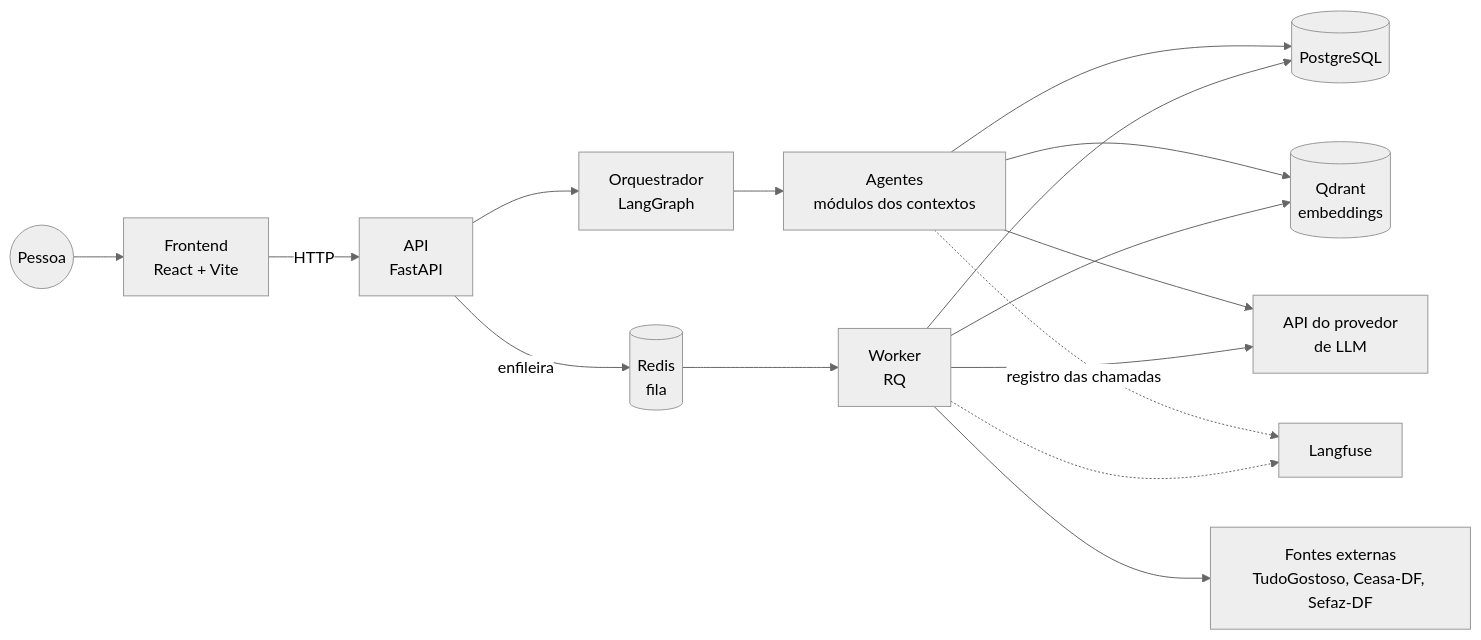
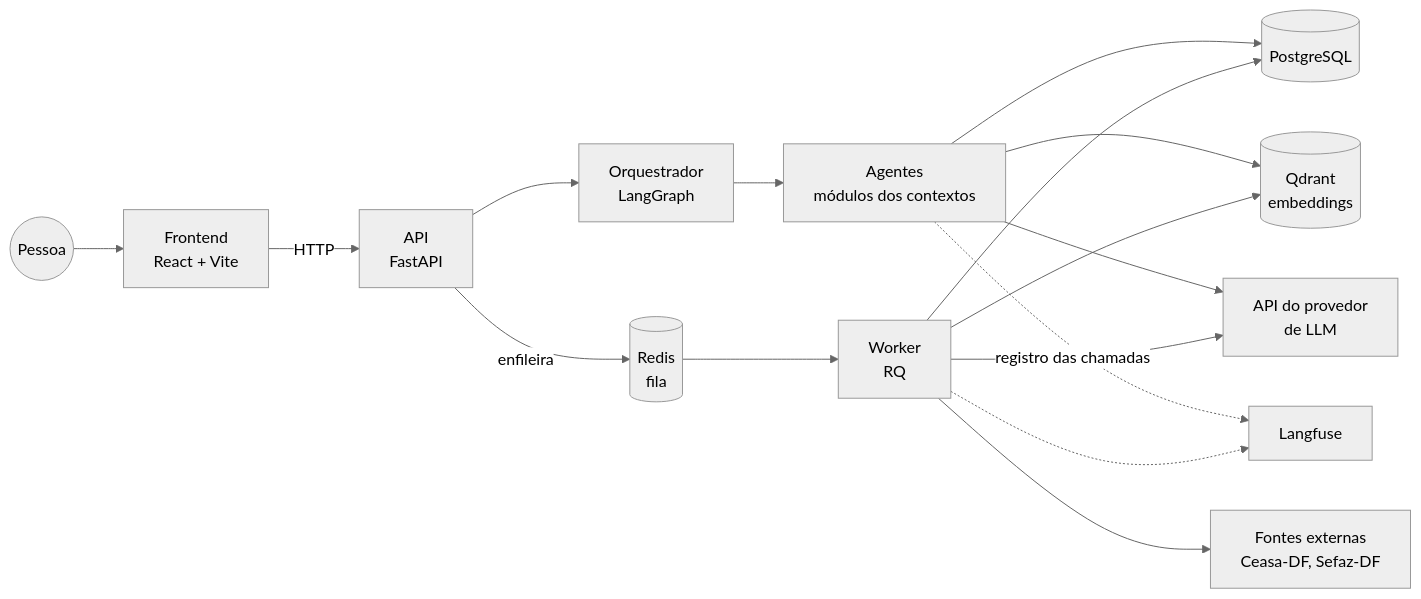
Before and after one commit to challenge2-qualidade-vida/challenge2-qualidade-de-vida: the first of 2 diagrams in docs/arquitetura/visao-geral.md, drawn with Mermaid (neutral theme). The commit also changed other lines of this file and 6 other files, not shown here.

````diff
--- a/docs/arquitetura/visao-geral.md
+++ b/docs/arquitetura/visao-geral.md
@@ -21,18 +21,18 @@
 ```mermaid
 flowchart LR
     Pessoa((Pessoa)) --> Frontend[Frontend<br/>React + Vite]
     Frontend -->|HTTP| API[API<br/>FastAPI]
     API --> Orq[Orquestrador<br/>LangGraph]
     Orq --> Agentes[Agentes<br/>módulos dos contextos]
     API -->|enfileira| Redis[(Redis<br/>fila)]
     Redis --> Worker[Worker<br/>RQ]
     Agentes --> PG[(PostgreSQL)]
     Worker --> PG
     Agentes --> Qdrant[(Qdrant<br/>embeddings)]
     Worker --> Qdrant
     Agentes --> LLM[API do provedor<br/>de LLM]
     Worker --> LLM
     Agentes -.->|registro das chamadas| Langfuse[Langfuse]
     Worker -.-> Langfuse
-    Worker --> Fontes[Fontes externas<br/>TudoGostoso, Ceasa-DF, Sefaz-DF]
+    Worker --> Fontes[Fontes externas<br/>Ceasa-DF, Sefaz-DF]
 ```
````
